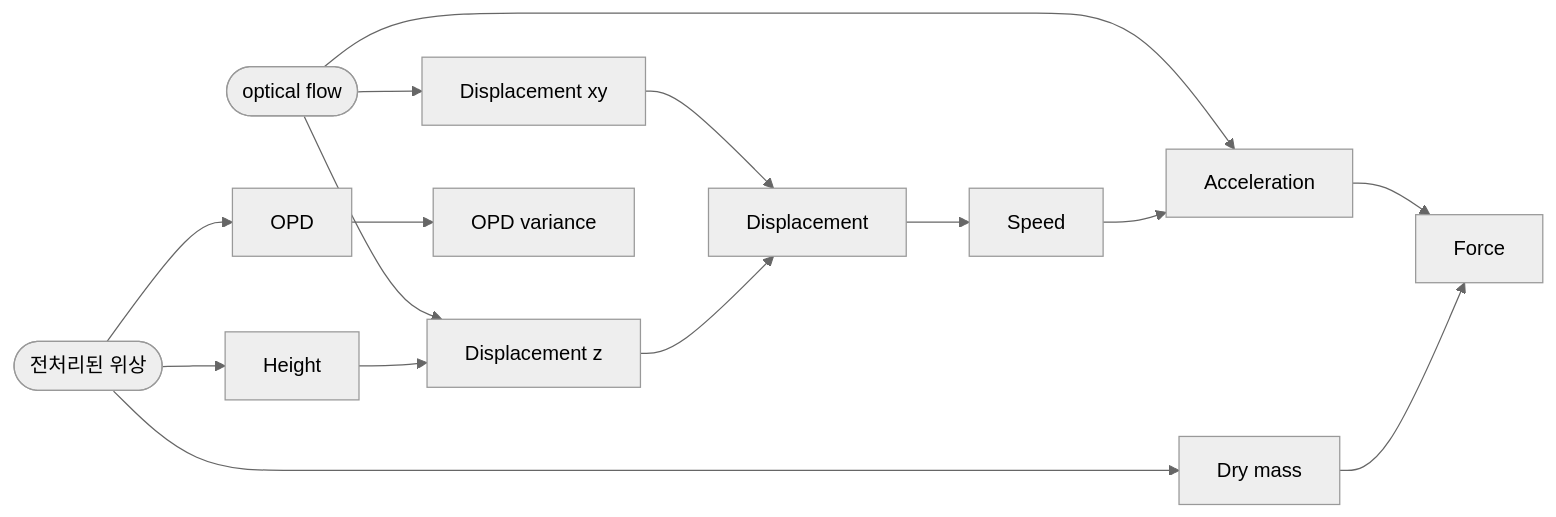
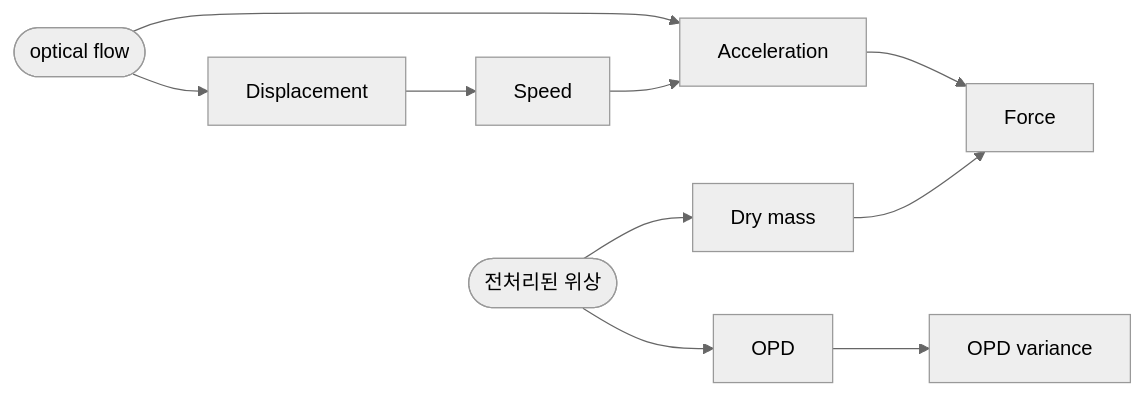
Before and after one commit to iivs-lab/cardiomyocytes: the second of 2 diagrams in TODO.md, drawn with Mermaid (neutral theme). The commit also changed other lines of this file, not shown here.

````diff
--- a/TODO.md
+++ b/TODO.md
@@ -71,17 +71,12 @@
 ```mermaid
 flowchart LR
   phase(["전처리된 위상"]) --> opd["OPD"]
   phase --> dm["Dry mass"]
-  phase --> h["Height"]
-  flow(["optical flow"]) --> dxy["Displacement xy"]
-  flow --> dz["Displacement z"]
+  opd --> ov["OPD variance"]
+  flow(["optical flow"]) --> disp["Displacement"]
   flow --> ac["Acceleration"]
-  h --> dz
-  opd --> ov["OPD variance"]
-  dxy --> disp["Displacement"]
-  dz --> disp
   disp --> sp["Speed"]
   sp --> ac
   ac --> fo["Force"]
   dm --> fo
 ```
````
